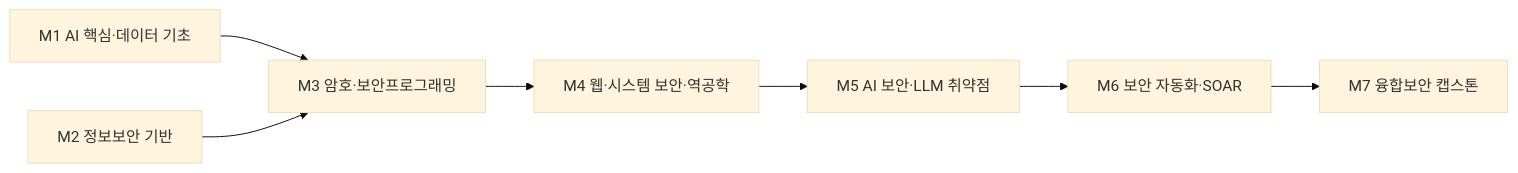
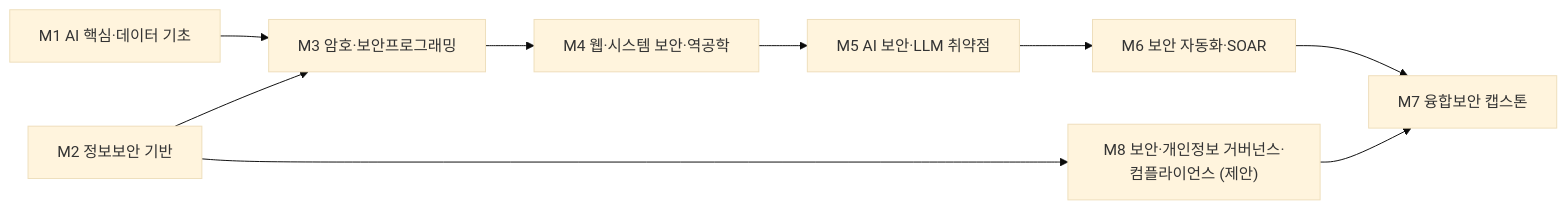
The diagram in docs/ai/convergence-security.md (parclab-hsu/ai-curriculum-2026), drawn with Mermaid (base theme) before and after one commit. The commit also changed other lines of this file and 1 other file, not shown here.

First line of the commit message:
융합보안학과: 보안·개인정보 거버넌스·컴플라이언스 축 반영 (학과 피드백)

````diff
--- a/docs/ai/convergence-security.md
+++ b/docs/ai/convergence-security.md
@@ -178,6 +187,7 @@
 ```mermaid
 flowchart LR
   M1["M1 AI 핵심·데이터 기초"] --> M3["M3 암호·보안프로그래밍"]
   M2["M2 정보보안 기반"] --> M3
   M3 --> M4["M4 웹·시스템 보안·역공학"] --> M5["M5 AI 보안·LLM 취약점"] --> M6["M6 보안 자동화·SOAR"] --> CAP["M7 융합보안 캡스톤"]
+  M2 --> M8["M8 보안·개인정보 거버넌스·컴플라이언스 (제안)"] --> CAP
 ```
````
